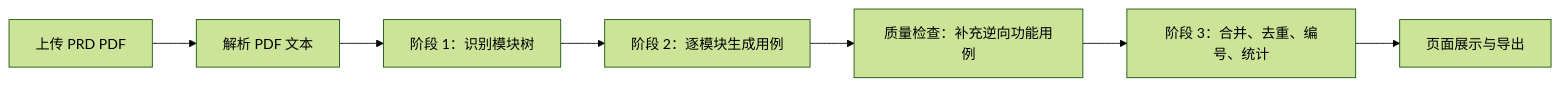
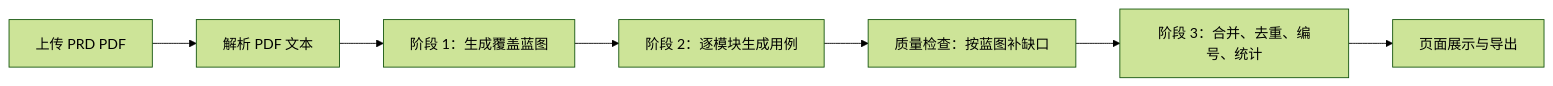
The diagram in README.md (swseven-hub/TestMind), drawn with Mermaid (forest theme) before and after one commit. The commit also changed other lines of this file and 3 other files, not shown here.

````diff
--- a/README.md
+++ b/README.md
@@ -40,9 +42,9 @@
 ```mermaid
 flowchart LR
   A["上传 PRD PDF"] --> B["解析 PDF 文本"]
-  B --> C["阶段 1：识别模块树"]
+  B --> C["阶段 1：生成覆盖蓝图"]
   C --> D["阶段 2：逐模块生成用例"]
-  D --> E["质量检查：补充逆向功能用例"]
+  D --> E["质量检查：按蓝图补缺口"]
   E --> F["阶段 3：合并、去重、编号、统计"]
   F --> G["页面展示与导出"]
 ```
````
